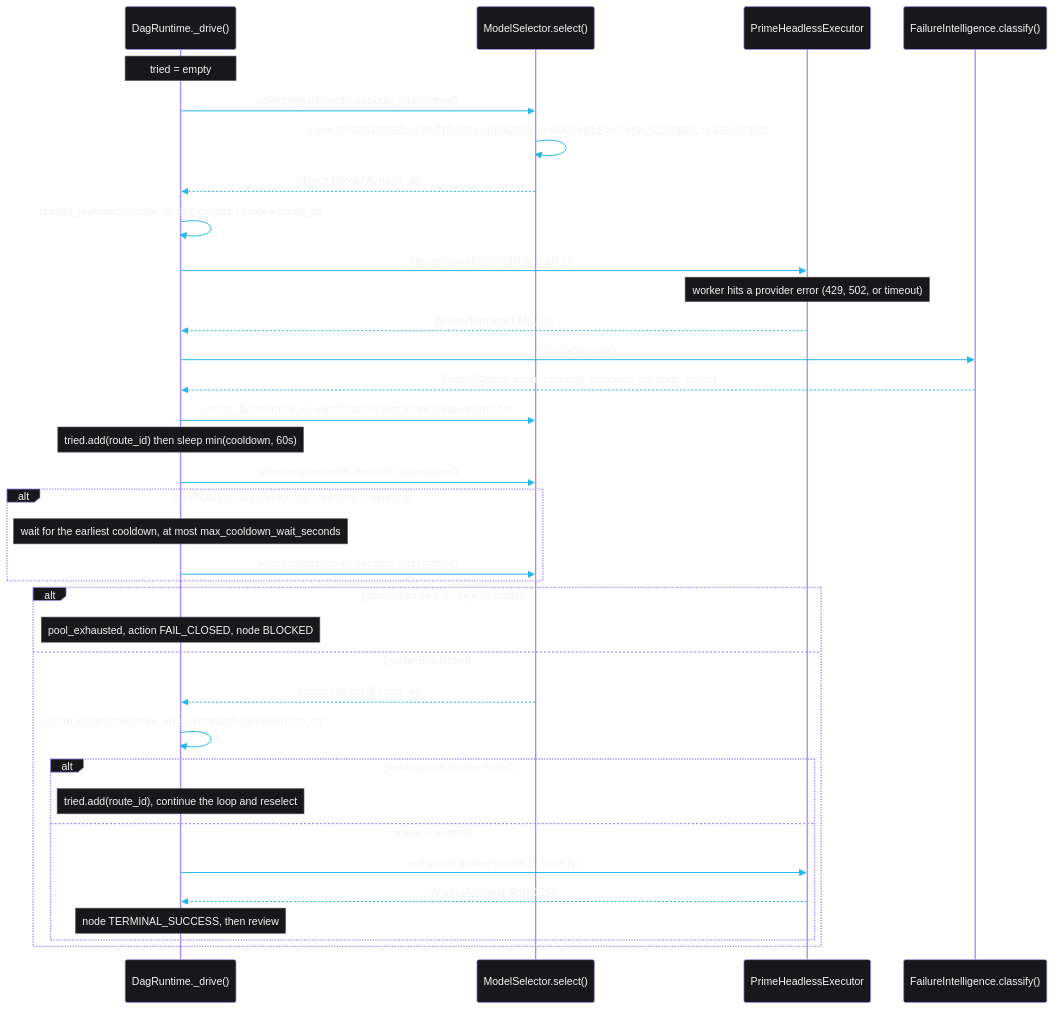
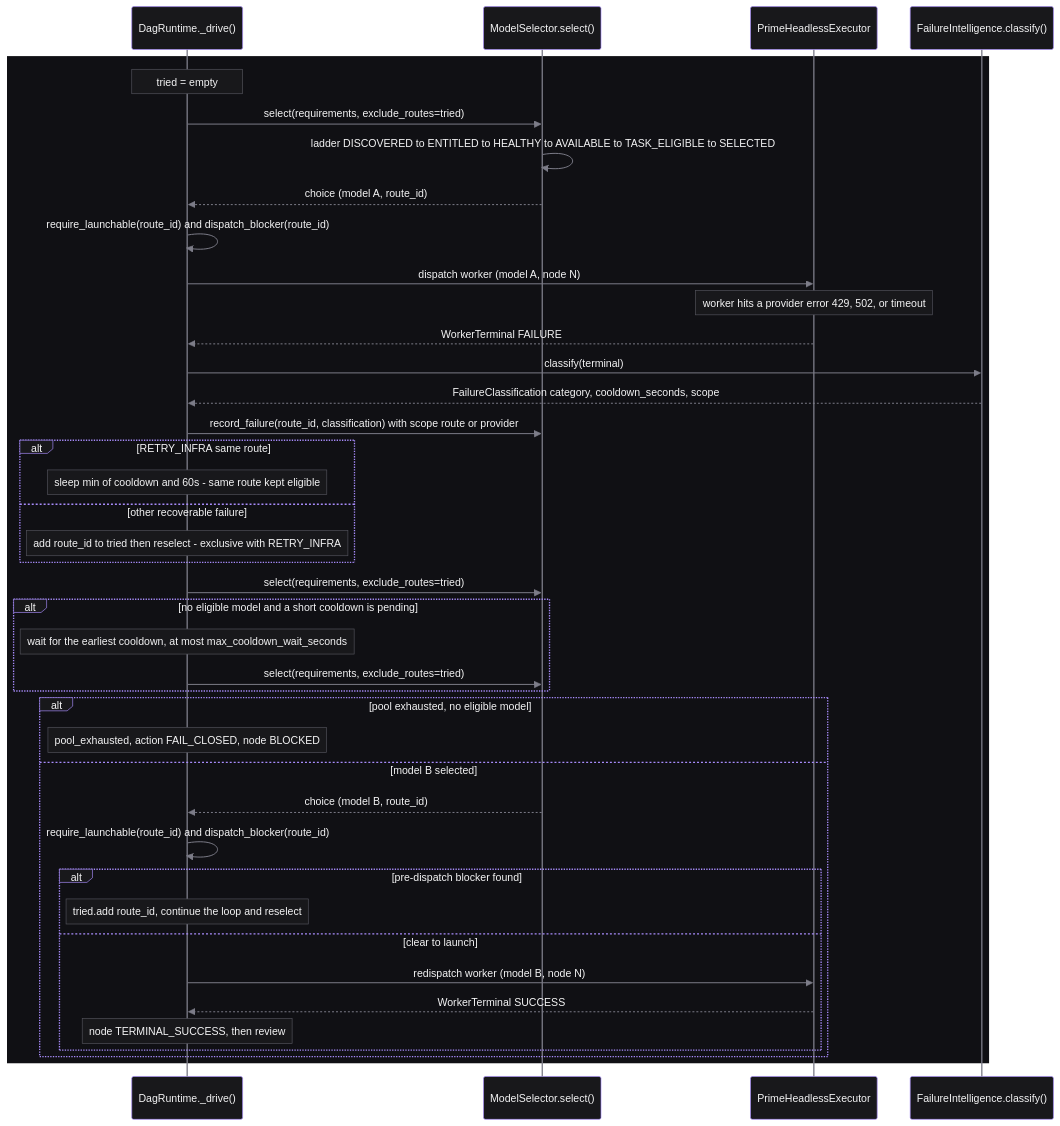
Before and after one commit to mrnicholasbcarter-code/verdict-core: the diagram in diagrams/failover-sequence.mmd, drawn with Mermaid. The commit also changed 13 other files, not shown here.

First line of the commit message:
fix(docs): restore diagram path labels and sequence contrast (PR #725)

```diff
--- a/diagrams/failover-sequence.mmd
+++ b/diagrams/failover-sequence.mmd
@@ -1,58 +1,68 @@
-%% Verdict visual theme. Hex from origin/feat/visual-system-core:verdict/design.py PALETTE
-%% (PR #724). Mermaid base themeVariables cannot name classes, so classDef repeats them.
-%% background #101014  surface #18181b  text #f4f4f5  secondary #a1a1aa  muted #92929e
-%% purple #a78bfa  cyan #22b8eb  success #4ade80  amber #f5b00b  red #f87171  border #52525b
-%%{init: {'theme':'base','themeVariables':{'darkMode':true,'background':'#101014','fontFamily':'ui-sans-serif, system-ui, sans-serif','fontSize':'15px','primaryColor':'#18181b','primaryTextColor':'#f4f4f5','primaryBorderColor':'#52525b','secondaryColor':'#18181b','secondaryTextColor':'#f4f4f5','secondaryBorderColor':'#52525b','tertiaryColor':'#101014','tertiaryTextColor':'#f4f4f5','tertiaryBorderColor':'#52525b','lineColor':'#a1a1aa','textColor':'#f4f4f5','mainBkg':'#18181b','nodeTextColor':'#f4f4f5','nodeBorder':'#52525b','clusterBkg':'#101014','clusterBorder':'#52525b','titleColor':'#f4f4f5','edgeLabelBackground':'#18181b','noteBkgColor':'#18181b','noteTextColor':'#f4f4f5','noteBorderColor':'#52525b','actorBkg':'#18181b','actorBorder':'#a78bfa','actorTextColor':'#f4f4f5','signalColor':'#22b8eb','signalTextColor':'#f4f4f5','labelBoxBkgColor':'#18181b','labelTextColor':'#f4f4f5','activationBkgColor':'#101014','activationBorderColor':'#22b8eb','sequenceNumberColor':'#101014'}}}%%
 %% failover-sequence.mmd -- single-node failover inside DagRuntime._drive
 %% Source (verified against code at this commit):
 %%   verdict/orchestration/runtime.py (DagRuntime._drive)
 %%   verdict/orchestration/contracts.py (ModelSelector.select, ModelSelector.record_failure, require_launchable, dispatch_blocker)
 %%   verdict/orchestration/executors.py (PrimeHeadlessExecutor)
 %%   verdict/orchestration/recovery.py (FailureIntelligence.classify)
 %% ControllerSupervisor (verdict/orchestration/supervisor.py) wraps the controller
 %% process via orchestration/cli.py. It does not fail over individual DAG nodes.
+%% Exclusive branches after classify (runtime.py:764-801): RETRY_INFRA sleeps on the
+%% same route; other branches call tried.add(route_id). They are not sequential.
+%% Verdict visual theme. Hex from verdict/design.py PALETTE:
+%% background #101014  surface #18181b  text #f4f4f5  secondary #a1a1aa  muted #92929e
+%% purple #a78bfa  cyan #22b8eb  success #4ade80  amber #f5b00b  red #f87171  border #52525b
+%% Edges/lines use #7c7c88 (>=3:1 on #ffffff and #0d1117; measured 4.12:1 / 4.59:1).
+%% fontFamily omitted: Mermaid sanitizeDirective drops hyphenated themeVariable values.
+%%{init: {'theme':'base','themeVariables':{'darkMode':true,'background':'#101014','fontSize':'15px','primaryColor':'#18181b','primaryTextColor':'#f4f4f5','primaryBorderColor':'#52525b','secondaryColor':'#18181b','secondaryTextColor':'#f4f4f5','secondaryBorderColor':'#52525b','tertiaryColor':'#101014','tertiaryTextColor':'#f4f4f5','tertiaryBorderColor':'#52525b','lineColor':'#7c7c88','textColor':'#f4f4f5','mainBkg':'#18181b','nodeTextColor':'#f4f4f5','nodeBorder':'#52525b','clusterBkg':'#101014','clusterBorder':'#52525b','titleColor':'#f4f4f5','edgeLabelBackground':'#18181b','noteBkgColor':'#18181b','noteTextColor':'#f4f4f5','noteBorderColor':'#52525b','actorBkg':'#18181b','actorBorder':'#a78bfa','actorTextColor':'#f4f4f5','actorLineColor':'#7c7c88','signalColor':'#7c7c88','signalTextColor':'#f4f4f5','labelBoxBkgColor':'#18181b','labelTextColor':'#f4f4f5','loopTextColor':'#f4f4f5','activationBkgColor':'#101014','activationBorderColor':'#22b8eb','sequenceNumberColor':'#101014'}}}%%
 sequenceDiagram
     participant RT as DagRuntime._drive()
     participant Sel as ModelSelector.select()
     participant Exec as PrimeHeadlessExecutor
     participant FI as FailureIntelligence.classify()
 
+    rect rgb(16, 16, 20)
     Note over RT: tried = empty
 
     RT->>Sel: select(requirements, exclude_routes=tried)
     Sel->>Sel: ladder DISCOVERED to ENTITLED to HEALTHY to AVAILABLE to TASK_ELIGIBLE to SELECTED
     Sel-->>RT: choice (model A, route_id)
 
     RT->>RT: require_launchable(route_id) and dispatch_blocker(route_id)
     RT->>Exec: dispatch worker (model A, node N)
 
-    Note over Exec: worker hits a provider error (429, 502, or timeout)
+    Note over Exec: worker hits a provider error 429, 502, or timeout
 
     Exec-->>RT: WorkerTerminal FAILURE
 
     RT->>FI: classify(terminal)
-    FI-->>RT: FailureClassification (category, cooldown_seconds, scope)
+    FI-->>RT: FailureClassification category, cooldown_seconds, scope
 
     RT->>Sel: record_failure(route_id, classification) with scope route or provider
-    Note over RT: tried.add(route_id) then sleep min(cooldown, 60s)
+
+    alt RETRY_INFRA same route
+        Note over RT: sleep min of cooldown and 60s - same route kept eligible
+    else other recoverable failure
+        Note over RT: add route_id to tried then reselect - exclusive with RETRY_INFRA
+    end
 
     RT->>Sel: select(requirements, exclude_routes=tried)
 
     alt no eligible model and a short cooldown is pending
         Note over RT: wait for the earliest cooldown, at most max_cooldown_wait_seconds
         RT->>Sel: select(requirements, exclude_routes=tried)
     end
 
     alt pool exhausted, no eligible model
         Note over RT: pool_exhausted, action FAIL_CLOSED, node BLOCKED
     else model B selected
         Sel-->>RT: choice (model B, route_id)
         RT->>RT: require_launchable(route_id) and dispatch_blocker(route_id)
         alt pre-dispatch blocker found
-            Note over RT: tried.add(route_id), continue the loop and reselect
+            Note over RT: tried.add route_id, continue the loop and reselect
         else clear to launch
             RT->>Exec: redispatch worker (model B, node N)
             Exec-->>RT: WorkerTerminal SUCCESS
             Note over RT: node TERMINAL_SUCCESS, then review
         end
     end
+    end
```
